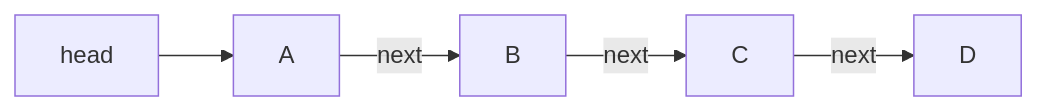
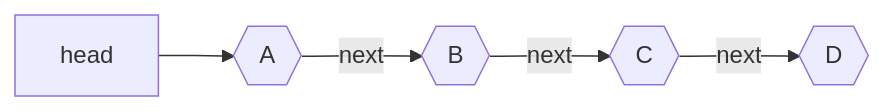
Before and after one commit to ChrisW-priv/PersonalVault: the diagram in zettelkasten/Singly Linked List.md, drawn with Mermaid. The commit also changed 4 other files, not shown here.

````diff
--- a/zettelkasten/Singly Linked List.md
+++ b/zettelkasten/Singly Linked List.md
@@ -10,4 +10,4 @@
 ```mermaid
 graph LR
-    head --> A -->|next| B -->|next| C -->|next| D
+    head --> A{{A}} -->|next|B{{B}} -->|next|C{{C}} -->|next|D{{D}}
 ```
````
